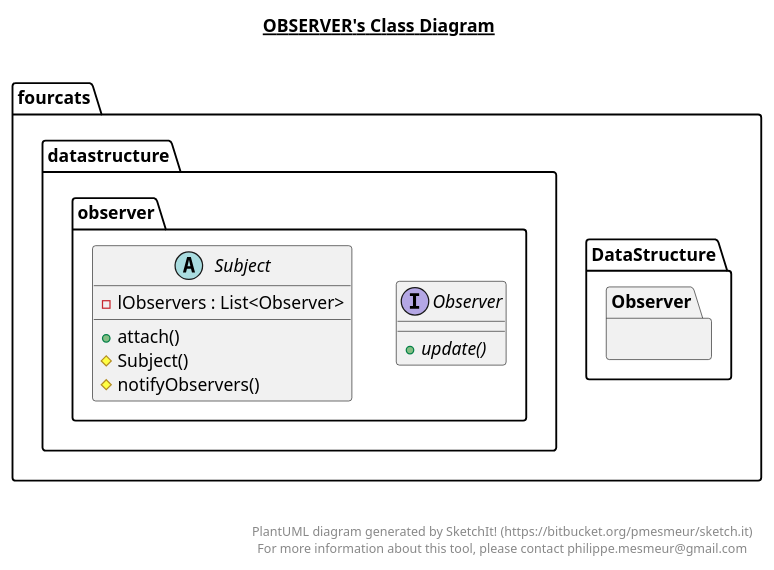
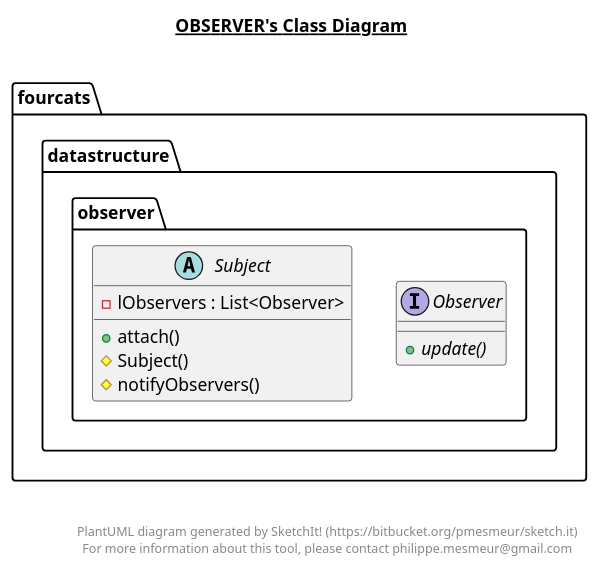
The diagram in NaturalAPI_Design/src/main/java/fourcats/datastructure/observer/Observer.plantuml (fourcatsteam/NaturalAPI), drawn with PlantUML before and after one commit. The commit also changed 22 other files, not shown here.

```diff
--- a/NaturalAPI_Design/src/main/java/fourcats/datastructure/observer/Observer.plantuml
+++ b/NaturalAPI_Design/src/main/java/fourcats/datastructure/observer/Observer.plantuml
@@ -1,39 +1,39 @@
 @startuml
 
 title __OBSERVER's Class Diagram__\n
 
   namespace fourcats {
-    namespace DataStructure {
-      namespace Observer {
+    namespace datastructure {
+      namespace observer {
         interface fourcats.datastructure.observer.Observer {
             {abstract} + update()
         }
       }
     }
   }
   
 
   namespace fourcats {
-    namespace DataStructure {
-      namespace Observer {
+    namespace datastructure {
+      namespace observer {
         abstract class fourcats.datastructure.observer.Subject {
             - lObservers : List<Observer>
             + attach()
             # Subject()
             # notifyObservers()
         }
       }
     }
   }
   
 
 
 
 right footer
 
 
 PlantUML diagram generated by SketchIt! (https://bitbucket.org/pmesmeur/sketch.it)
 For more information about this tool, please contact philippe.mesmeur@gmail.com
 endfooter
 
 @enduml
```
